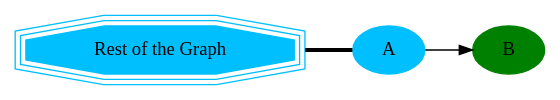
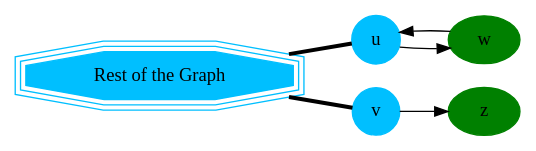
The first of 13 diagrams in doc/contraction/contraction-family.rst (pgRouting/pgrouting), drawn with Graphviz before and after one commit. The commit also changed other lines of this file and 5 other files, not shown here.

```diff
--- a/doc/contraction/contraction-family.rst
+++ b/doc/contraction/contraction-family.rst
@@ -71,13 +81,12 @@
 .. graphviz::
 
     digraph G {
-        A [style=filled;color=deepskyblue];
-        B [style=filled; color=green];
-        "G" [shape=tripleoctagon;
-        style=filled;color=deepskyblue;
-        label = "Rest of the Graph"];
+        u, v [shape=circle;style=filled;width=.4;color=deepskyblue];
+        w, z [style=filled; color=green];
+        G [shape=tripleoctagon;width=1.5;style=filled;color=deepskyblue;label = "Rest of the Graph"];
 
         rankdir=LR;
-        G -> A [dir=none, weight=1, penwidth=3];
-        A -> B;
+        G -> {u, v} [dir=none, weight=1, penwidth=3];
+        u -> w -> u;
+        v -> z;
     }
```
